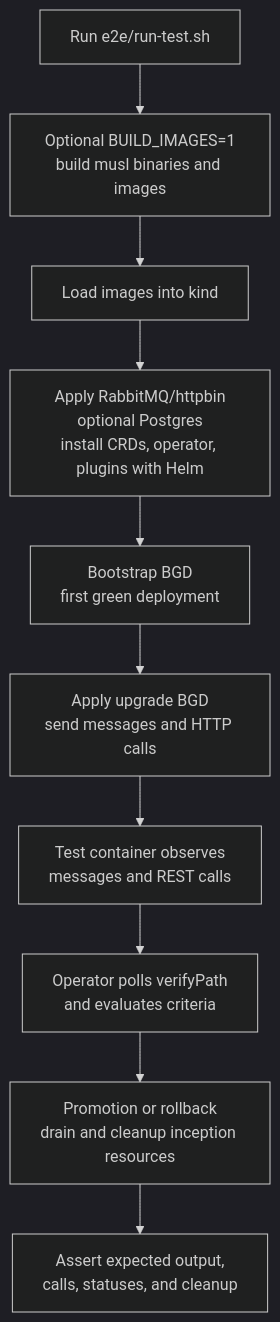
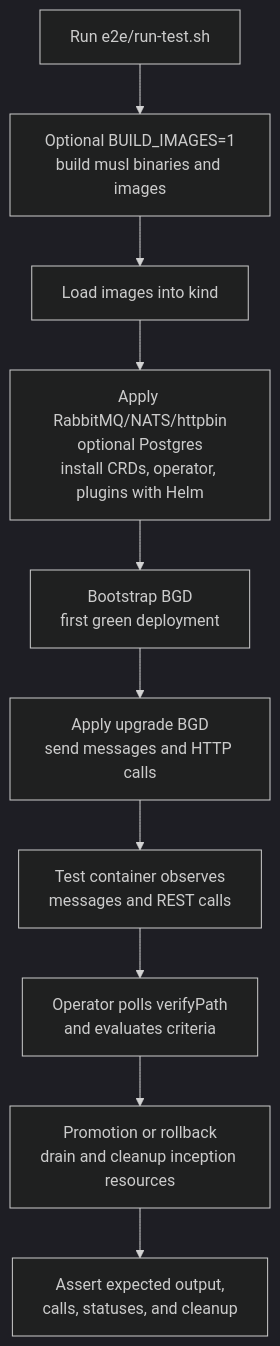
The first of 3 diagrams in docs/testing/e2e.md (dlahmad/fluidbgoperator), drawn with Mermaid (dark theme) before and after one commit. The commit also changed other lines of this file and 63 other files, not shown here.

````diff
--- a/docs/testing/e2e.md
+++ b/docs/testing/e2e.md
@@ -19,15 +19,15 @@
 ```mermaid
 flowchart TD
     START["Run e2e/run-test.sh"]
     IMG["Optional BUILD_IMAGES=1<br/>build musl binaries and images"]
     LOAD["Load images into kind"]
-    INFRA["Apply RabbitMQ/httpbin<br/>optional Postgres<br/>install CRDs, operator, plugins with Helm"]
+    INFRA["Apply RabbitMQ/NATS/httpbin<br/>optional Postgres<br/>install CRDs, operator, plugins with Helm"]
     BOOT["Bootstrap BGD<br/>first green deployment"]
     PASS["Apply upgrade BGD<br/>send messages and HTTP calls"]
     VERIFY["Test container observes<br/>messages and REST calls"]
     DECIDE["Operator polls verifyPath<br/>and evaluates criteria"]
     CLEAN["Promotion or rollback<br/>drain and cleanup inception resources"]
     CHECK["Assert expected output,<br/>calls, statuses, and cleanup"]
 
     START --> IMG --> LOAD --> INFRA --> BOOT --> PASS --> VERIFY --> DECIDE --> CLEAN --> CHECK
 ```
````
